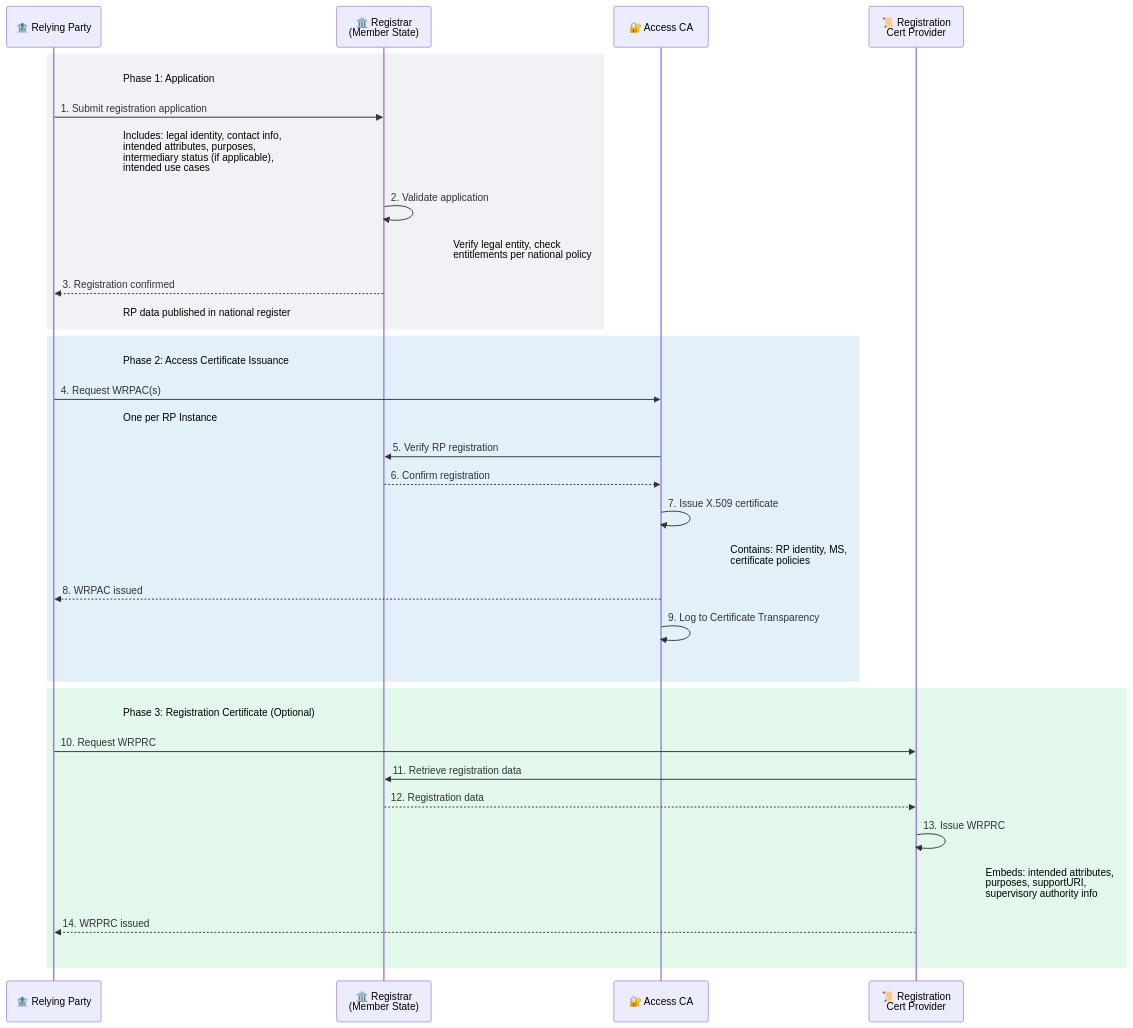
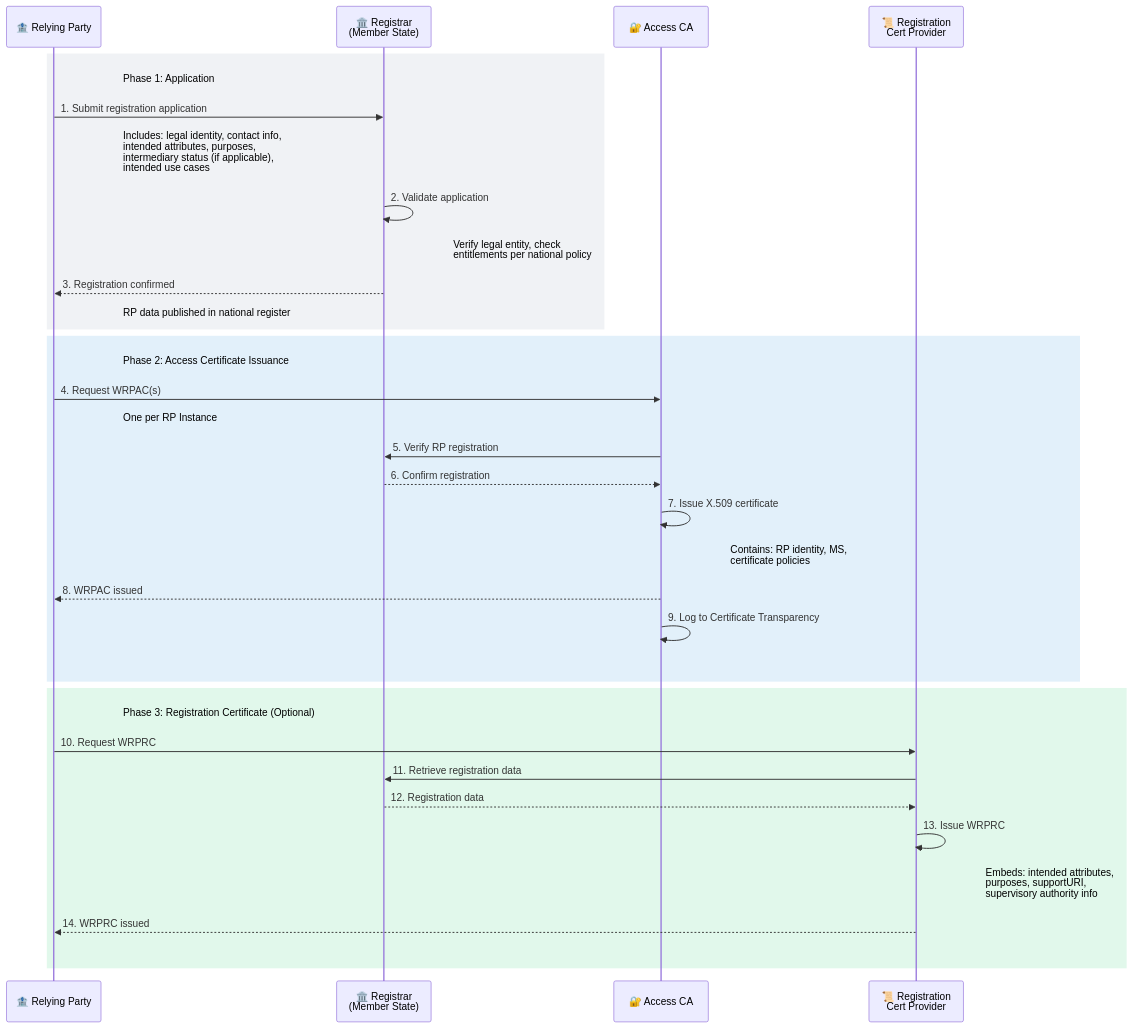
Before and after one commit to ivanstambuk/deep-research: the third of 27 diagrams in papers/DR-0002/DR-0002-eudi-wallet-relying-party-integration.md, drawn with Mermaid. The commit also changed other lines of this file and 2 other files, not shown here.

Commit message:
docs: fix rightmost actor in sequence diagrams and add guardrail

````diff
--- a/papers/DR-0002/DR-0002-eudi-wallet-relying-party-integration.md
+++ b/papers/DR-0002/DR-0002-eudi-wallet-relying-party-integration.md
@@ -624,51 +624,51 @@
 ```mermaid
 ---
 config:
   themeVariables:
     noteBkgColor: "transparent"
     noteBorderColor: "transparent"
   sequence:
     messageAlign: left
     noteAlign: left
     actorMargin: 200
 ---
 sequenceDiagram
     participant RP as 🏦 Relying Party
     participant REG as 🏛️ Registrar<br/>(Member State)
     participant ACA as 🔐 Access CA
     participant RCP as 📜 Registration<br/>Cert Provider
 
     rect rgba(148, 163, 184, 0.14)
     Note right of RP: Phase 1: Application
     RP->>REG: 1. Submit registration application
     Note right of RP: Includes: legal identity, contact info,<br/>intended attributes, purposes,<br/>intermediary status (if applicable),<br/>intended use cases
     REG->>REG: 2. Validate application
     Note right of REG: Verify legal entity, check<br/>entitlements per national policy
     REG-->>RP: 3. Registration confirmed
     Note right of RP: RP data published in national register
     end
 
     rect rgba(52, 152, 219, 0.14)
     Note right of RP: Phase 2: Access Certificate Issuance
     RP->>ACA: 4. Request WRPAC(s)
     Note right of RP: One per RP Instance
     ACA->>REG: 5. Verify RP registration
     REG-->>ACA: 6. Confirm registration
     ACA->>ACA: 7. Issue X.509 certificate
     Note right of ACA: Contains: RP identity, MS,<br/>certificate policies
     ACA-->>RP: 8. WRPAC issued
     ACA->>ACA: 9. Log to Certificate Transparency
-    Note right of ACA: ⠀
+    Note right of RCP: ⠀
     end
 
     rect rgba(46, 204, 113, 0.14)
     Note right of RP: Phase 3: Registration Certificate (Optional)
     RP->>RCP: 10. Request WRPRC
     RCP->>REG: 11. Retrieve registration data
     REG-->>RCP: 12. Registration data
     RCP->>RCP: 13. Issue WRPRC
     Note right of RCP: Embeds: intended attributes,<br/>purposes, supportURI,<br/>supervisory authority info
     RCP-->>RP: 14. WRPRC issued
-    Note right of RP: ⠀
+    Note right of RCP: ⠀
     end
 ```
````
